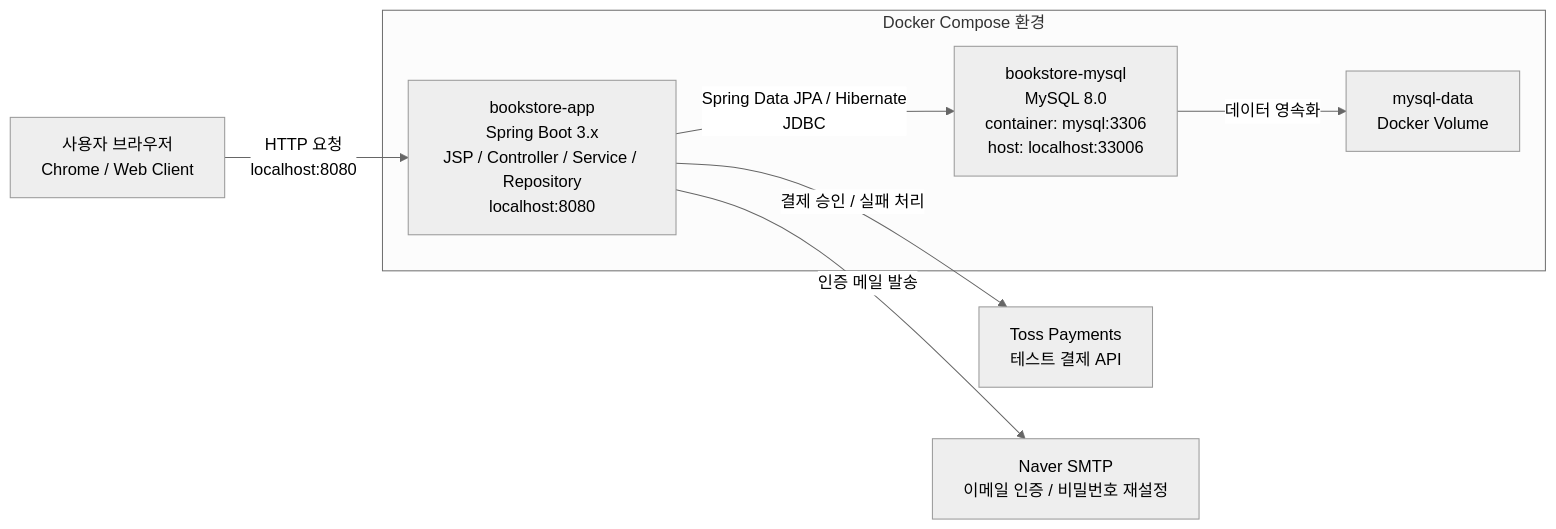
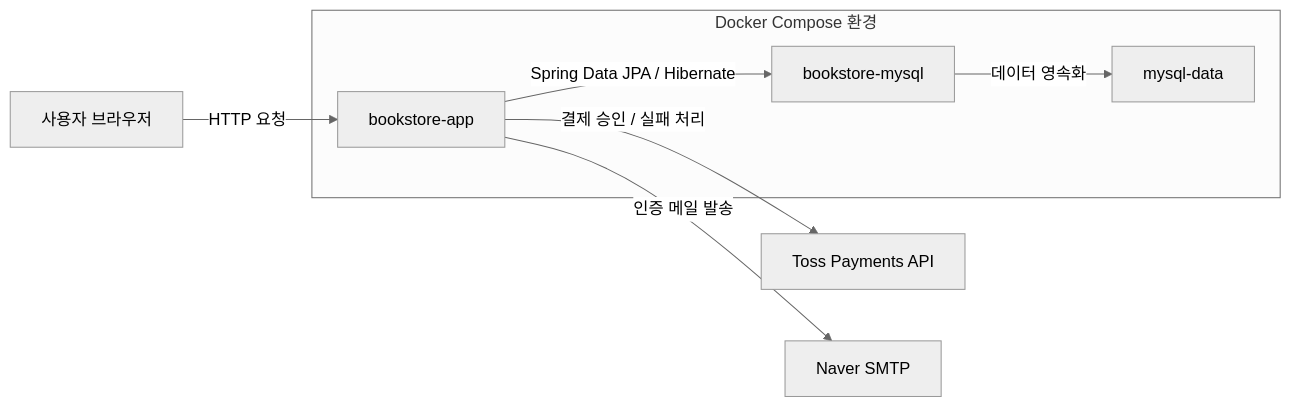
The diagram in README.md (minwoojoo/Bookstore), drawn with Mermaid (neutral theme) before and after one commit.

Commit message:
[fix] README.md에서 렌더러 문제 해결

````diff
--- a/README.md
+++ b/README.md
@@ -53,19 +53,19 @@
 ```mermaid
 flowchart LR
-    User["사용자 브라우저<br/>Chrome / Web Client"]
+    User["사용자 브라우저"]
 
     subgraph Docker["Docker Compose 환경"]
-        App["bookstore-app<br/>Spring Boot 3.x<br/>JSP / Controller / Service / Repository<br/>localhost:8080"]
-        DB["bookstore-mysql<br/>MySQL 8.0<br/>container: mysql:3306<br/>host: localhost:33006"]
-        Volume["mysql-data<br/>Docker Volume"]
+        App["bookstore-app"]
+        DB["bookstore-mysql"]
+        Volume["mysql-data"]
     end
 
-    ExternalPayment["Toss Payments<br/>테스트 결제 API"]
-    ExternalMail["Naver SMTP<br/>이메일 인증 / 비밀번호 재설정"]
+    ExternalPayment["Toss Payments API"]
+    ExternalMail["Naver SMTP"]
 
-    User -->|"HTTP 요청<br/>localhost:8080"| App
-    App -->|"Spring Data JPA / Hibernate<br/>JDBC"| DB
+    User -->|"HTTP 요청"| App
+    App -->|"Spring Data JPA / Hibernate"| DB
     DB -->|"데이터 영속화"| Volume
     App -->|"결제 승인 / 실패 처리"| ExternalPayment
     App -->|"인증 메일 발송"| ExternalMail
 ```
````
